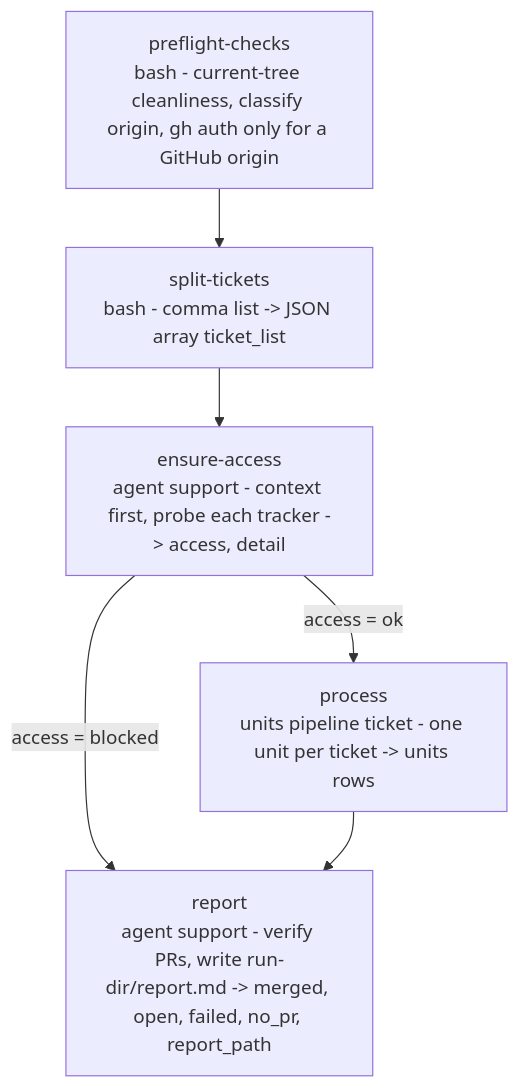
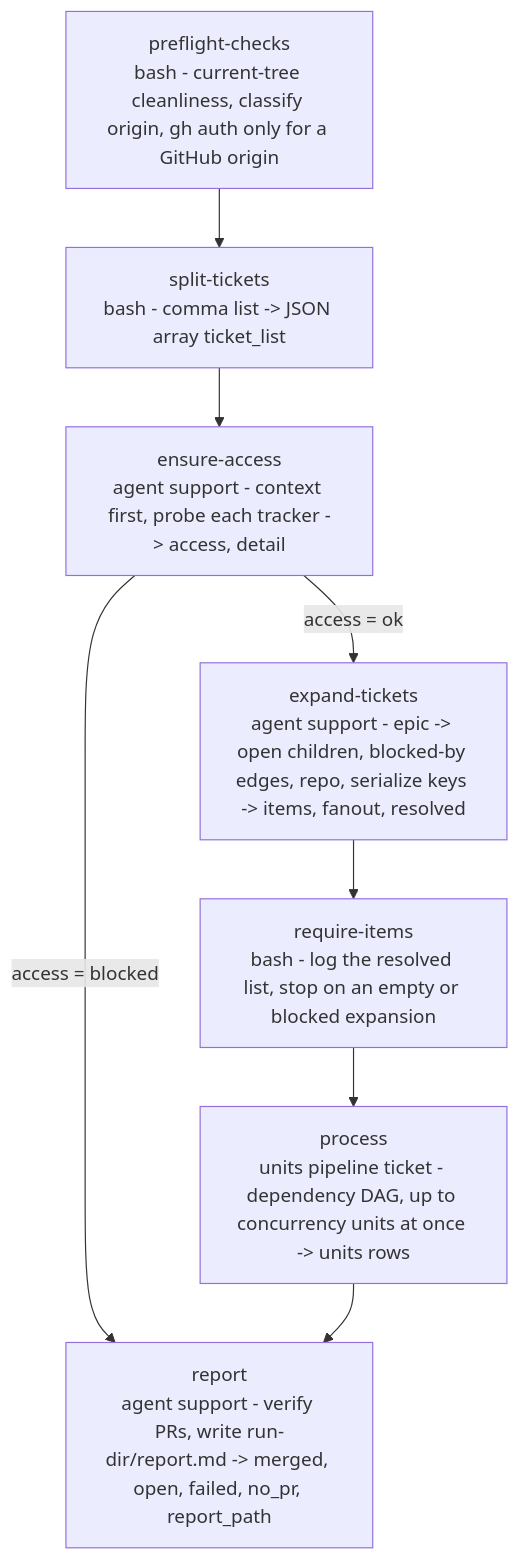
The diagram in plugins/wise/workflows/ticket-auto/README.md (e1024kb/wise-claude), drawn with Mermaid before and after one commit. The commit also changed other lines of this file and 37 other files, not shown here.

First line of the commit message:
feat(wise): epic fan-out for ticket-plan and ticket-auto (#94)

````diff
--- a/plugins/wise/workflows/ticket-auto/README.md
+++ b/plugins/wise/workflows/ticket-auto/README.md
@@ -71,8 +82,10 @@
 ```mermaid
 flowchart TD
     A[preflight-checks<br/>bash - current-tree cleanliness, classify origin, gh auth only for a GitHub origin] --> B[split-tickets<br/>bash - comma list -> JSON array ticket_list]
     B --> C[ensure-access<br/>agent support - context first, probe each tracker -> access, detail]
-    C -->|access = ok| D[process<br/>units pipeline ticket - one unit per ticket -> units rows]
+    C -->|access = ok| X[expand-tickets<br/>agent support - epic -> open children, blocked-by edges, repo, serialize keys -> items, fanout, resolved]
+    X --> Y[require-items<br/>bash - log the resolved list, stop on an empty or blocked expansion]
+    Y --> D[process<br/>units pipeline ticket - dependency DAG, up to concurrency units at once -> units rows]
     C -->|access = blocked| E
     D --> E[report<br/>agent support - verify PRs, write run-dir/report.md -> merged, open, failed, no_pr, report_path]
 ```
````
